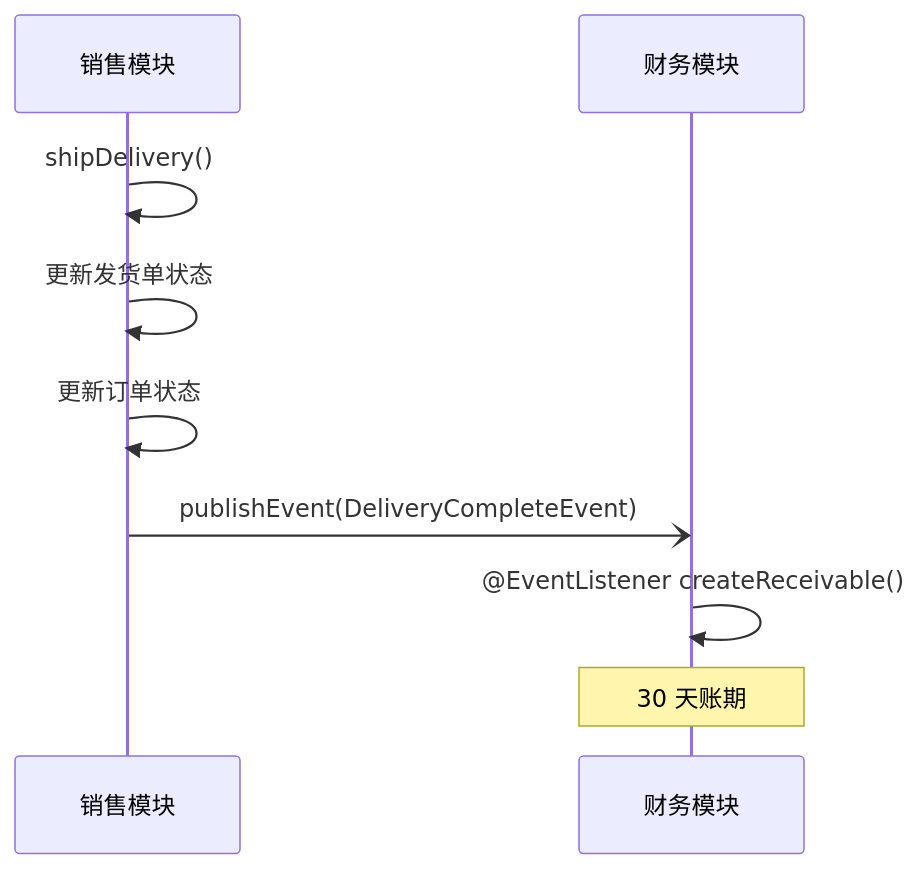
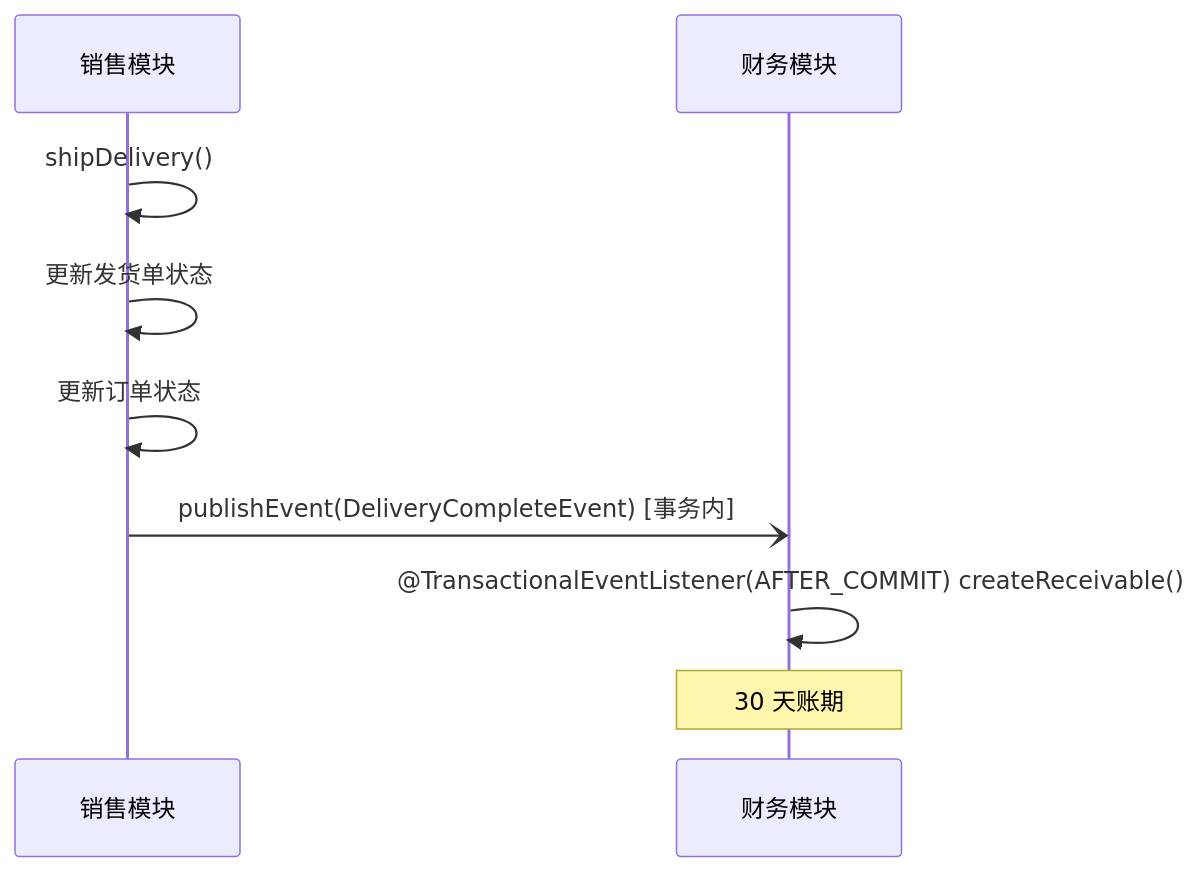
Before and after one commit to StevenTsai/distribution-architecture: the first of 3 diagrams in case-studies/spring-events-decoupling/README.md, drawn with Mermaid. The commit also changed other lines of this file and 36 other files, not shown here.

````diff
--- a/case-studies/spring-events-decoupling/README.md
+++ b/case-studies/spring-events-decoupling/README.md
@@ -25,11 +25,11 @@
 ```mermaid
 sequenceDiagram
     participant S as 销售模块
     participant F as 财务模块
     S->>S: shipDelivery()
     S->>S: 更新发货单状态
     S->>S: 更新订单状态
-    S-)F: publishEvent(DeliveryCompleteEvent)
-    F->>F: @EventListener createReceivable()
+    S-)F: publishEvent(DeliveryCompleteEvent) [事务内]
+    F->>F: @TransactionalEventListener(AFTER_COMMIT) createReceivable()
     Note over F: 30 天账期
 ```
````
